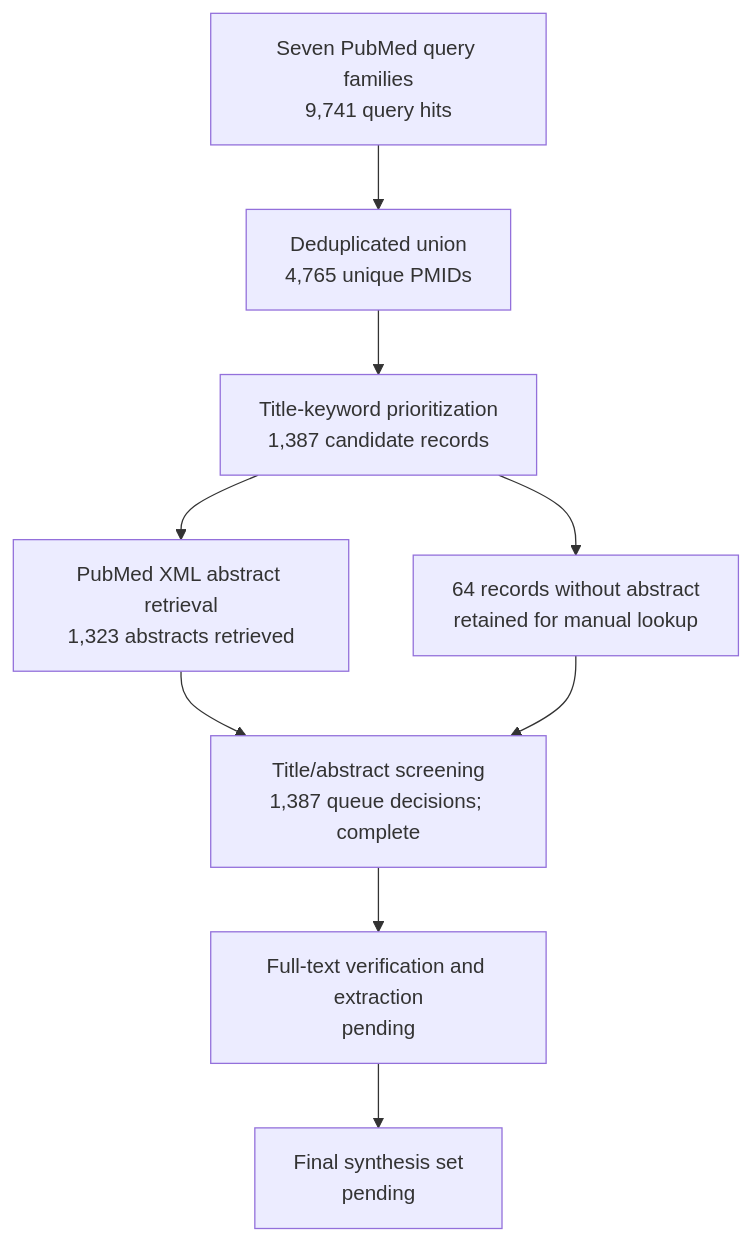
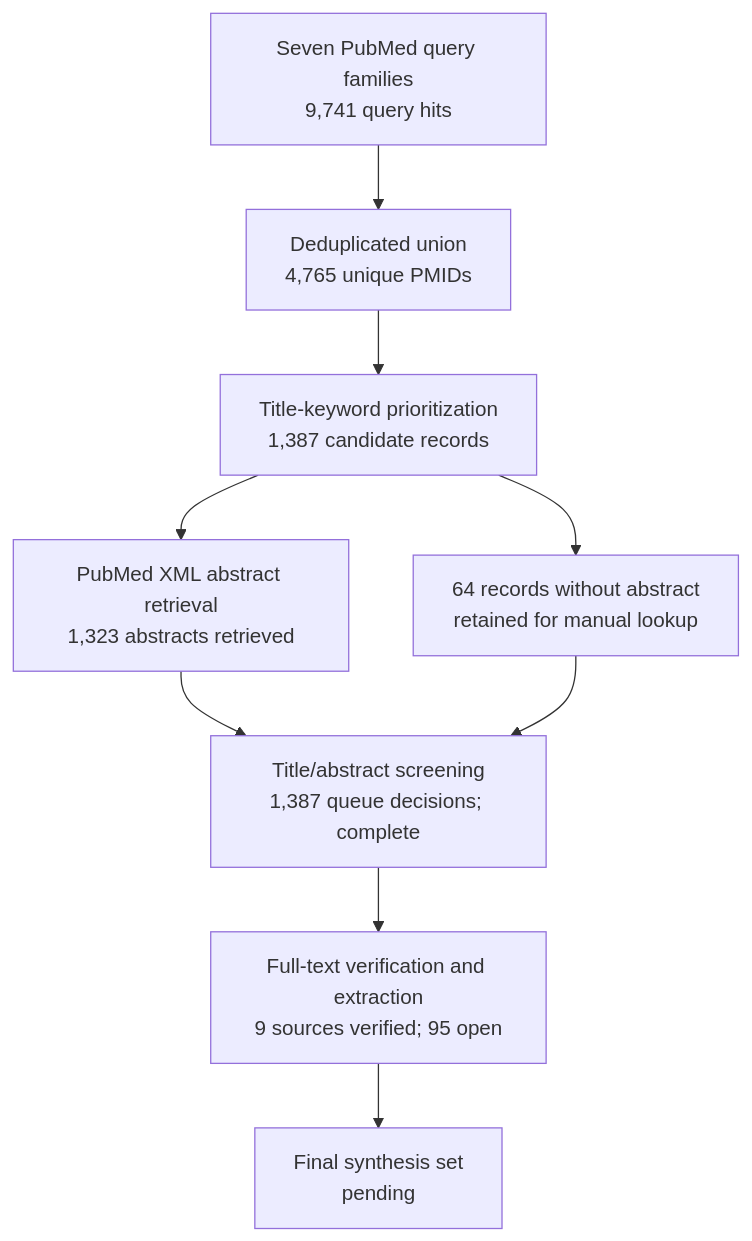
The diagram in manuscript/review-flow.md (dcmcshan/artemisia), drawn with Mermaid before and after one commit. The commit also changed other lines of this file and 12 other files, not shown here.

Commit message:
Add first full text antiparasitic verification tranche

````diff
--- a/manuscript/review-flow.md
+++ b/manuscript/review-flow.md
@@ -5,11 +5,11 @@
 ```mermaid
 flowchart TB
   Q[Seven PubMed query families<br/>9,741 query hits] --> U[Deduplicated union<br/>4,765 unique PMIDs]
   U --> T[Title-keyword prioritization<br/>1,387 candidate records]
   T --> A[PubMed XML abstract retrieval<br/>1,323 abstracts retrieved]
   T --> N[64 records without abstract<br/>retained for manual lookup]
   A --> M[Title/abstract screening<br/>1,387 queue decisions; complete]
   N --> M
-  M --> F[Full-text verification and extraction<br/>pending]
+  M --> F[Full-text verification and extraction<br/>9 sources verified; 95 open]
   F --> S[Final synthesis set<br/>pending]
 ```
````
